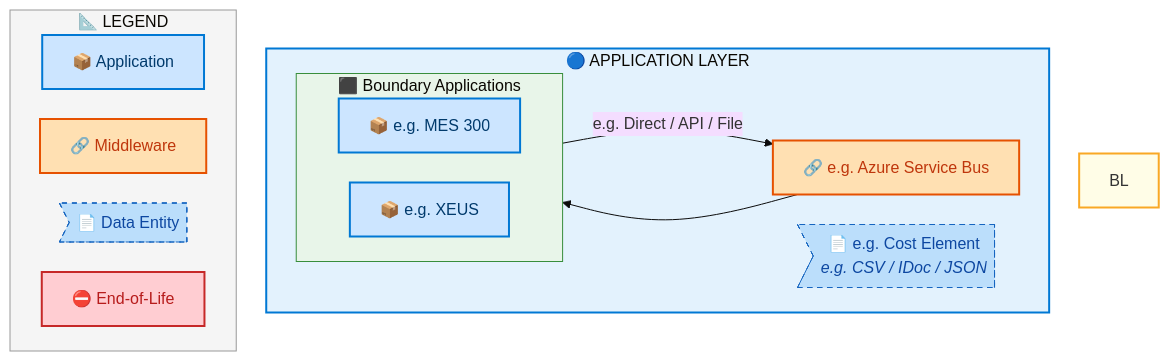
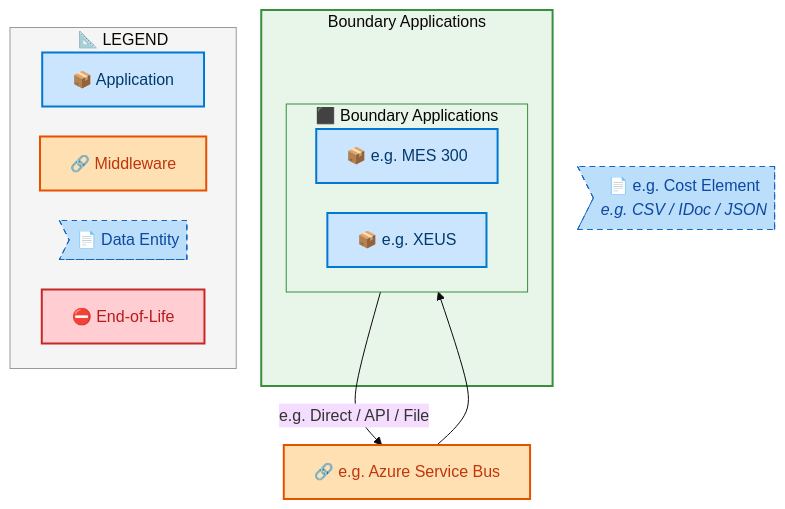
Before and after one commit to sajivfrancis777/IAO-Architecture: the fifth of 7 diagrams in towers/E2E/Procure to Pay/E2E-41/output/docs/systems-architecture/E2E-41-Architecture.md, drawn with Mermaid. The commit also changed other lines of this file and 106 other files, not shown here.

First line of the commit message:
feat: tier-grouped swim lane layout for architecture diagrams

````diff
--- a/towers/E2E/Procure to Pay/E2E-41/output/docs/systems-architecture/E2E-41-Architecture.md
+++ b/towers/E2E/Procure to Pay/E2E-41/output/docs/systems-architecture/E2E-41-Architecture.md
@@ -534,41 +533,40 @@
 ```mermaid
 %%{init: {"theme": "base", "securityLevel": "loose", "themeVariables": {"fontSize": "16px", "fontFamily": "Segoe UI, Arial, sans-serif"}, "flowchart": {"useMaxWidth": false, "htmlLabels": true, "nodeSpacing": 30, "rankSpacing": 35}} }%%
 flowchart TB
     %% -- ArchiMate 3.2 + Azure style classes --
     classDef business      fill:#FFFFB3,stroke:#F9A825,stroke-width:2px,color:#000
     classDef app           fill:#CCE5FF,stroke:#0078D4,stroke-width:2px,color:#003A6C
     classDef data          fill:#BBDEFB,stroke:#1565C0,stroke-width:1px,color:#0D47A1,stroke-dasharray: 5 5
     classDef middleware    fill:#FFE0B2,stroke:#E65100,stroke-width:2px,color:#BF360C
     classDef eol           fill:#FFCDD2,stroke:#C62828,stroke-width:2px,color:#B71C1C
     classDef saas          fill:#E1BEE7,stroke:#7B1FA2,stroke-width:2px,color:#4A148C
     classDef cloud         fill:#BBDEFB,stroke:#1565C0,stroke-width:2px,color:#0D47A1
     classDef onprem        fill:#C8E6C9,stroke:#2E7D32,stroke-width:2px,color:#1B5E20
 
-    subgraph AL["🔵 APPLICATION LAYER"]
+    subgraph E2E41FT_Boundary_Applications["Boundary Applications"]
         subgraph E2E41FLN_Boundary_Applications[" ⬛ Boundary Applications"]
             direction LR
             E2E41F_e_g_MES_300["📦 e.g. MES 300"]:::app
             E2E41F_e_g_XEUS["📦 e.g. XEUS"]:::app
         end
-        E2E41FMW_e_g_Azure_Service_Bus["🔗 e.g. Azure Service Bus"]:::middleware
-        E2E41FDE_e_g_Cost_Element>"📄 e.g. Cost Element<br/><i>e.g. CSV / IDoc / JSON</i>"]:::data
     end
+
+    E2E41FMW_e_g_Azure_Service_Bus["🔗 e.g. Azure Service Bus"]:::middleware
+    E2E41FDE_e_g_Cost_Element>"📄 e.g. Cost Element<br/><i>e.g. CSV / IDoc / JSON</i>"]:::data
 
     E2E41F_e_g_MES_300 -->|"e.g. Direct / API / File"| E2E41FMW_e_g_Azure_Service_Bus
     E2E41FMW_e_g_Azure_Service_Bus --> E2E41F_e_g_XEUS
 
 
-    style BL fill:#FFFDE7,stroke:#F9A825,stroke-width:2px
-    style AL fill:#E3F2FD,stroke:#0078D4,stroke-width:2px
-
+    style E2E41FT_Boundary_Applications fill:#E8F5E9,stroke:#388E3C,stroke-width:2px
     style E2E41FLN_Boundary_Applications fill:#E8F5E9,stroke:#388E3C,stroke-width:1px
 
     subgraph Legend["📐 LEGEND"]
         direction LR
         L_APP["📦 Application"]:::app
         L_MW["🔗 Middleware"]:::middleware
         L_DE>"📄 Data Entity"]:::data
         L_EOL["⛔ End-of-Life"]:::eol
     end
     style Legend fill:#F5F5F5,stroke:#999,stroke-width:1px
 ```
````
